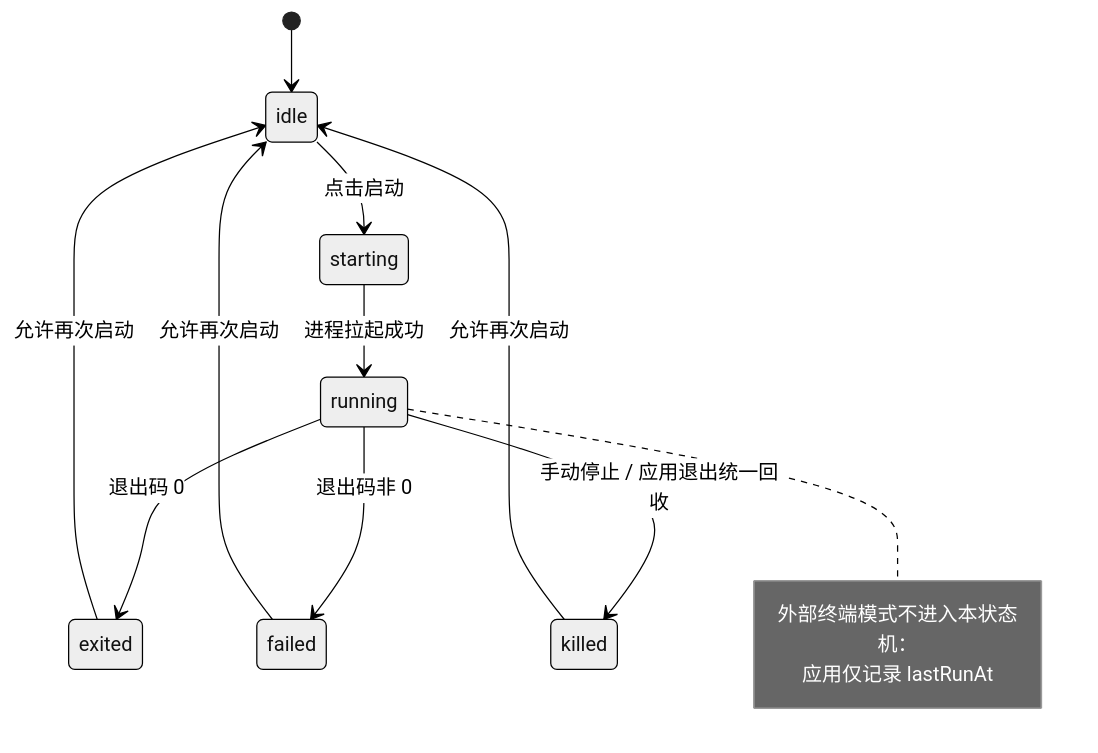
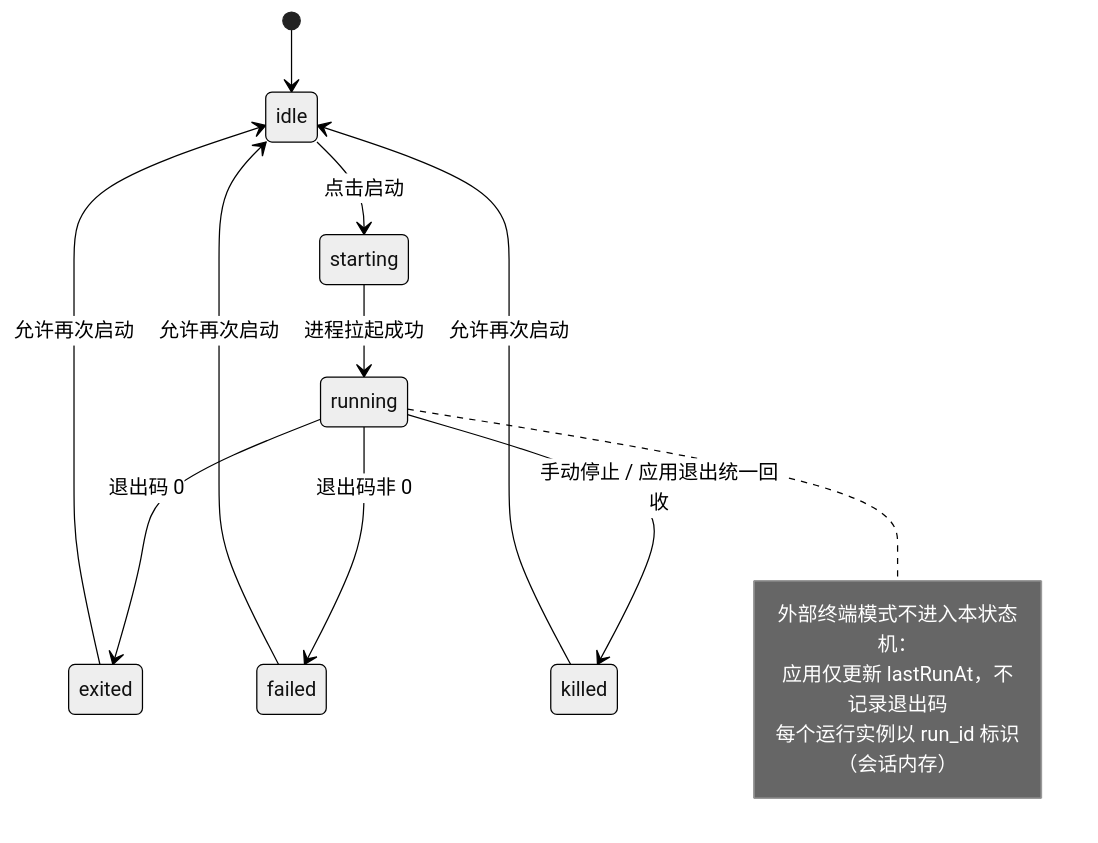
The third of 4 diagrams in docs/需求分析文档-汇总版.md (iceblyte/squirl), drawn with Mermaid (neutral theme) before and after one commit. The commit also changed other lines of this file, not shown here.

````diff
--- a/docs/需求分析文档-汇总版.md
+++ b/docs/需求分析文档-汇总版.md
@@ -235,17 +259,18 @@
 ```mermaid
 stateDiagram-v2
     [*] --> idle
     idle --> starting: 点击启动
     starting --> running: 进程拉起成功
     running --> exited: 退出码 0
     running --> failed: 退出码非 0
     running --> killed: 手动停止 / 应用退出统一回收
     exited --> idle: 允许再次启动
     failed --> idle: 允许再次启动
     killed --> idle: 允许再次启动
 
     note right of running
         外部终端模式不进入本状态机：
-        应用仅记录 lastRunAt
+        应用仅更新 lastRunAt，不记录退出码
+        每个运行实例以 run_id 标识（会话内存）
     end note
 ```
````
